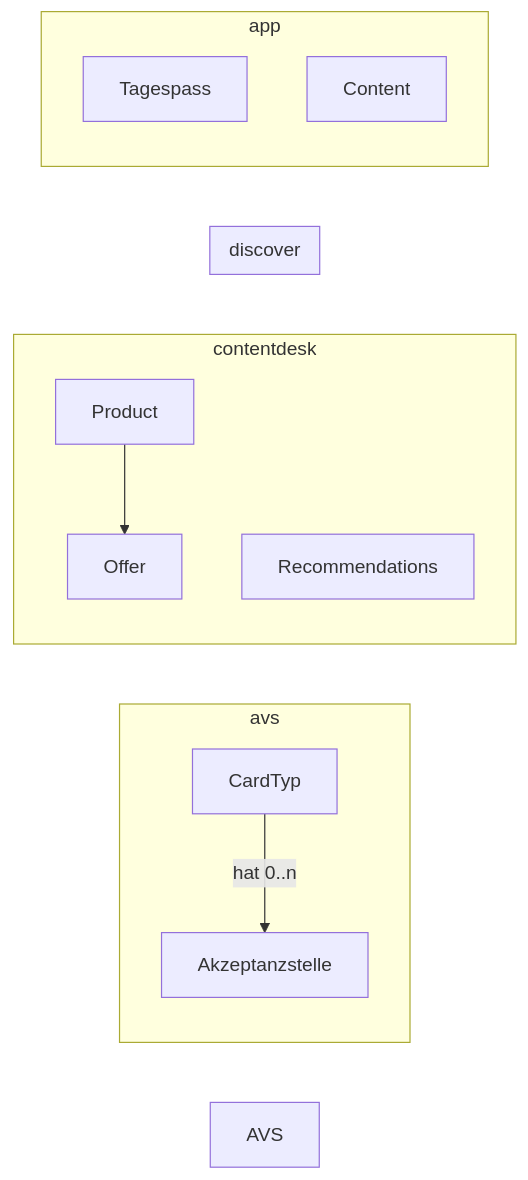
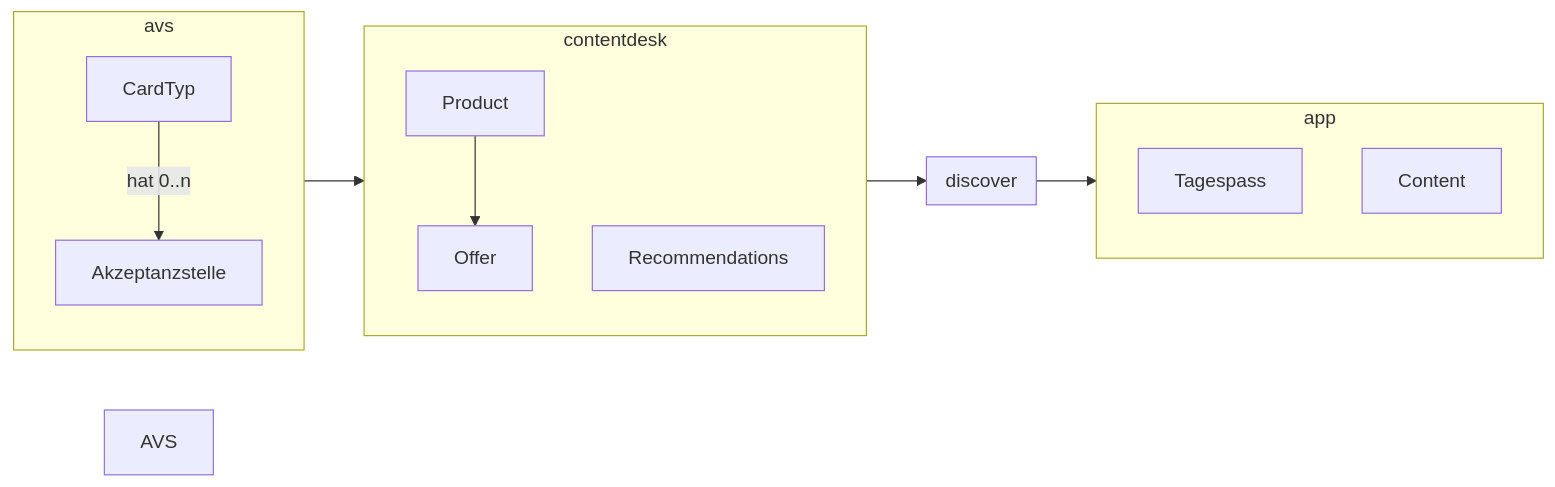
One commit to tsolenthaler/docs.contentdesk.io changed the second of 8 diagrams in docs/dev/projects/glarnerlandApp.md. Above: the diagram before and after it, drawn with Mermaid. The commit also changed other lines of this file, not shown here.

Commit message:
Refactor graph orientation to top-down in glarnerlandApp.md and add connection between SystemAVS and SystemCD

````diff
--- a/docs/dev/projects/glarnerlandApp.md
+++ b/docs/dev/projects/glarnerlandApp.md
@@ -36,23 +36,27 @@
 ``` mermaid
 graph LR
     SystemAVS[AVS]
     subgraph avs
         direction TB
         CardTyp --> | hat 0..n| Akzeptanzstelle
     end
     subgraph contentdesk
         direction TB
         Product --> Offer
         Recommendations
     end
     subgraph discover
         direction TB
         Product
         Recommendations
     end
     subgraph app
         direction TB
         Tagespass
         Content
     end
+
+    avs --> contentdesk
+    contentdesk --> discover
+    discover --> app
 ```
````
